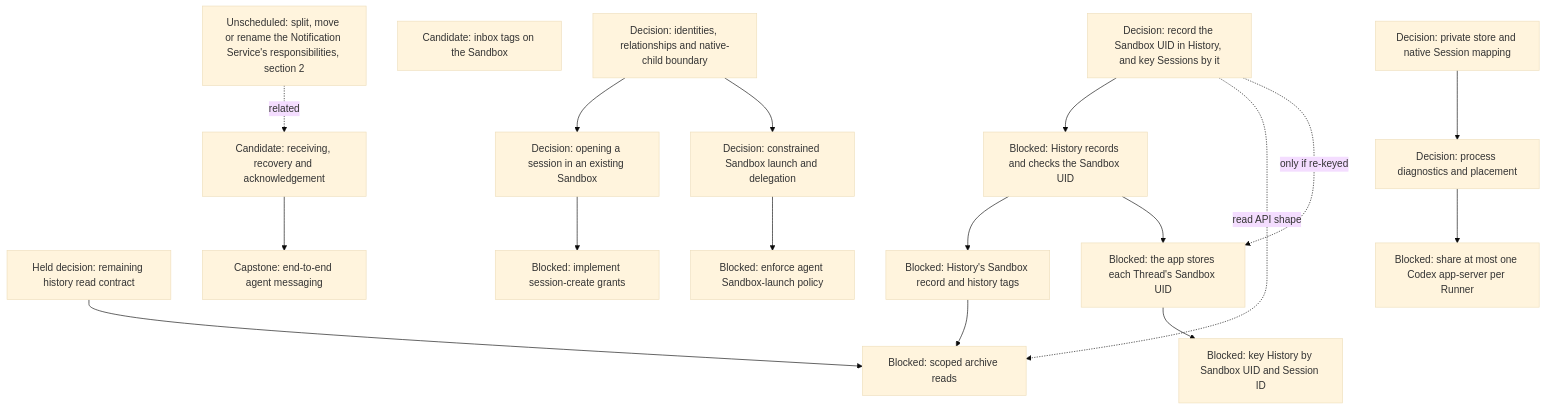
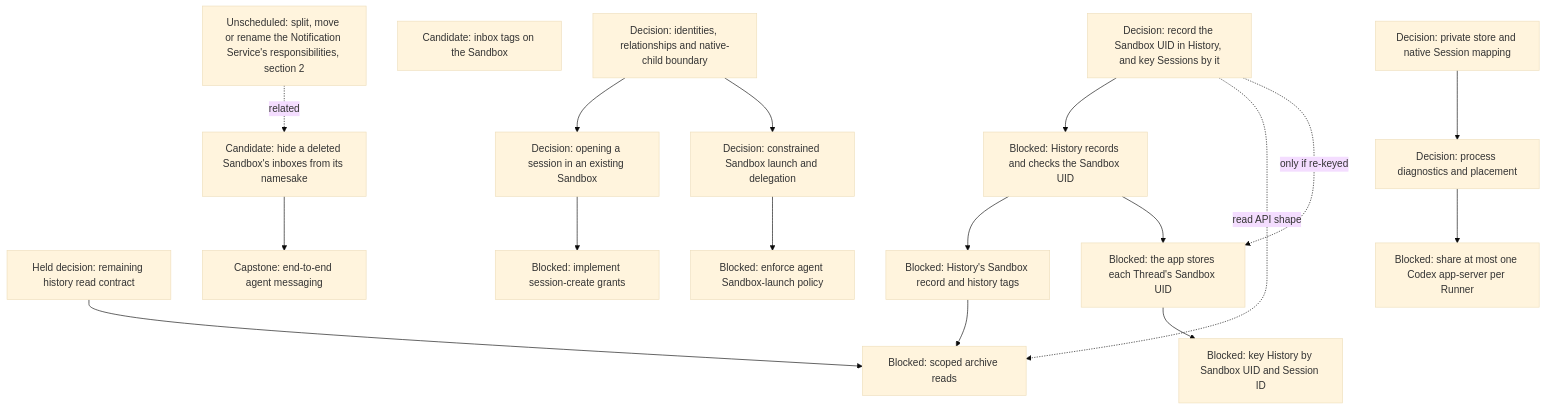
The fifth of 17 diagrams in agentplane/plans/task_dag.md (agentydragon-agent/ducktape), drawn with Mermaid (base theme) before and after one commit. The commit also changed other lines of this file and 11 other files, not shown here.

````diff
--- a/agentplane/plans/task_dag.md
+++ b/agentplane/plans/task_dag.md
@@ -259,36 +259,36 @@
 ```mermaid
 flowchart TD
     MULTIAGENT_MODEL[Decision: identities, relationships and native-child boundary]
     THREAD_READ_POLICY_DESIGN[Held decision: remaining history read contract]
     SANDBOX_INBOX_TAGS[Candidate: inbox tags on the Sandbox]
     HISTORY_SANDBOX_RECORD[Blocked: History's Sandbox record and history tags]
     THREAD_READ_POLICY[Blocked: scoped archive reads]
     HISTORY_SESSION_KEY_DESIGN[Decision: record the Sandbox UID in History, and key Sessions by it]
     HISTORY_SANDBOX_UID[Blocked: History records and checks the Sandbox UID]
     APP_THREAD_SANDBOX_UID[Blocked: the app stores each Thread's Sandbox UID]
     HISTORY_SESSION_REKEY[Blocked: key History by Sandbox UID and Session ID]
-    AGENT_MESSAGE_RECEPTION[Candidate: receiving, recovery and acknowledgement]
+    AGENT_MESSAGE_RECEPTION[Candidate: hide a deleted Sandbox's inboxes from its namesake]
     AGENT_MESSAGING[Capstone: end-to-end agent messaging]
     THREAD_CREATE_POLICY[Decision: opening a session in an existing Sandbox]
     THREAD_CREATE_AUTHORIZATION[Blocked: implement session-create grants]
     AGENT_LAUNCH_POLICY_DESIGN[Decision: constrained Sandbox launch and delegation]
     AGENT_SANDBOX_LAUNCH[Blocked: enforce agent Sandbox-launch policy]
     MULTIAGENT_MODEL --> THREAD_CREATE_POLICY
     MULTIAGENT_MODEL --> AGENT_LAUNCH_POLICY_DESIGN
     THREAD_READ_POLICY_DESIGN --> THREAD_READ_POLICY
     HISTORY_SESSION_KEY_DESIGN --> HISTORY_SANDBOX_UID
     HISTORY_SESSION_KEY_DESIGN -. read API shape .-> THREAD_READ_POLICY
     HISTORY_SESSION_KEY_DESIGN -. only if re-keyed .-> APP_THREAD_SANDBOX_UID
     HISTORY_SANDBOX_UID --> HISTORY_SANDBOX_RECORD
     HISTORY_SANDBOX_RECORD --> THREAD_READ_POLICY
     HISTORY_SANDBOX_UID --> APP_THREAD_SANDBOX_UID
     APP_THREAD_SANDBOX_UID --> HISTORY_SESSION_REKEY
     NOTIFICATION_SERVICE_SPLIT[Unscheduled: split, move or rename the Notification Service's responsibilities, section 2] -. related .-> AGENT_MESSAGE_RECEPTION
     AGENT_MESSAGE_RECEPTION --> AGENT_MESSAGING
     THREAD_CREATE_POLICY --> THREAD_CREATE_AUTHORIZATION
     AGENT_LAUNCH_POLICY_DESIGN --> AGENT_SANDBOX_LAUNCH
     RUNNER_HARNESS_OBJECTS_DESIGN[Decision: process diagnostics and placement]
     HARNESS_IDENTITY_DESIGN[Decision: private store and native Session mapping]
     HARNESS_IDENTITY_DESIGN --> RUNNER_HARNESS_OBJECTS_DESIGN
     RUNNER_HARNESS_OBJECTS_DESIGN --> RUNNER_CODEX_SHARED_PROCESS[Blocked: share at most one Codex app-server per Runner]
 ```
````
